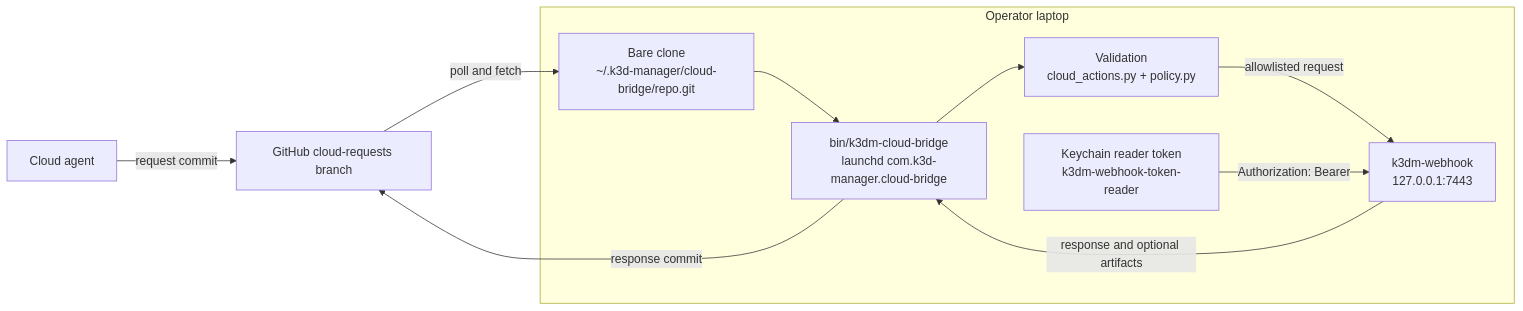
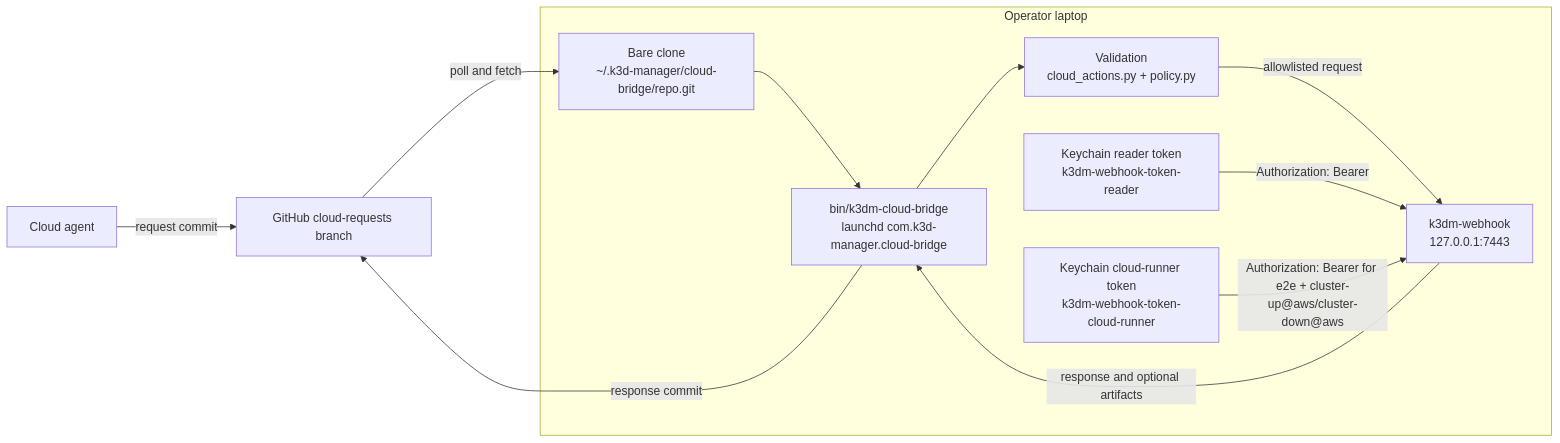
Before and after one commit to wilddog64/k3d-manager: the first of 2 diagrams in docs/architecture/cloud-bridge.md, drawn with Mermaid. The commit also changed other lines of this file and 264 other files, not shown here.

````diff
--- a/docs/architecture/cloud-bridge.md
+++ b/docs/architecture/cloud-bridge.md
@@ -13,20 +14,22 @@
 ```mermaid
 flowchart LR
     Agent["Cloud agent"] -->|"request commit"| Branch["GitHub cloud-requests branch"]
 
     subgraph Mac["Operator laptop"]
         Bridge["bin/k3dm-cloud-bridge<br/>launchd com.k3d-manager.cloud-bridge"]
         Bare["Bare clone<br/>~/.k3d-manager/cloud-bridge/repo.git"]
         Validate["Validation<br/>cloud_actions.py + policy.py"]
         Webhook["k3dm-webhook<br/>127.0.0.1:7443"]
         Reader["Keychain reader token<br/>k3dm-webhook-token-reader"]
+        Runner["Keychain cloud-runner token<br/>k3dm-webhook-token-cloud-runner"]
     end
 
     Branch -->|"poll and fetch"| Bare
     Bare --> Bridge
     Bridge --> Validate
     Validate -->|"allowlisted request"| Webhook
     Reader -->|"Authorization: Bearer"| Webhook
+    Runner -->|"Authorization: Bearer for e2e + cluster-up@aws/cluster-down@aws"| Webhook
     Webhook -->|"response and optional artifacts"| Bridge
     Bridge -->|"response commit"| Branch
 ```
````
